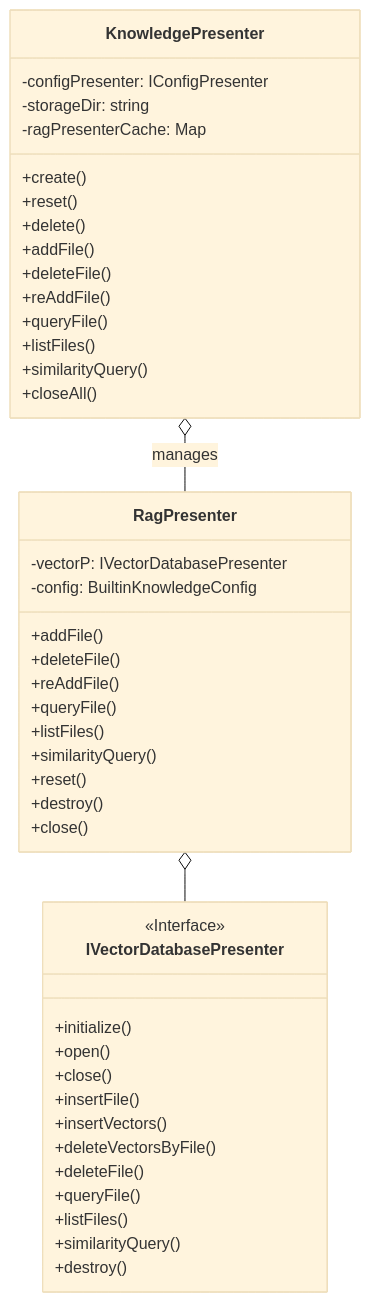
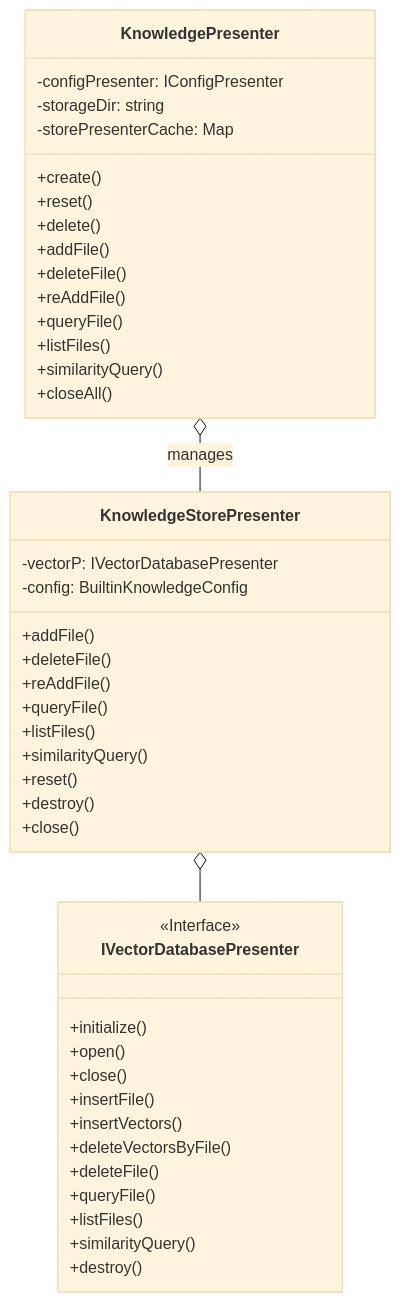
Before and after one commit to wangle201210/deepchat: the first of 3 diagrams in docs/builtin-knowledge-architecture.md, drawn with Mermaid (base theme). The commit also changed other lines of this file and 4 other files, not shown here.

Commit message:
feat: refactor BuiltinKnowledge module by replacing RagPresenter with KnowledgeStorePresenter and updating related components

````diff
--- a/docs/builtin-knowledge-architecture.md
+++ b/docs/builtin-knowledge-architecture.md
@@ -14,50 +14,50 @@
 ```mermaid
 classDiagram
     class KnowledgePresenter {
         -configPresenter: IConfigPresenter
         -storageDir: string
-        -ragPresenterCache: Map<string, RagPresenter>
+        -storePresenterCache: Map<string, KnowledgeStorePresenter>
         +create()
         +reset()
         +delete()
         +addFile()
         +deleteFile()
         +reAddFile()
         +queryFile()
         +listFiles()
         +similarityQuery()
         +closeAll()
     }
 
-    class RagPresenter {
+    class KnowledgeStorePresenter {
         -vectorP: IVectorDatabasePresenter
         -config: BuiltinKnowledgeConfig
         +addFile()
         +deleteFile()
         +reAddFile()
         +queryFile()
         +listFiles()
         +similarityQuery()
         +reset()
         +destroy()
         +close()
     }
 
     class IVectorDatabasePresenter {
         <<Interface>>
         +initialize()
         +open()
         +close()
         +insertFile()
         +insertVectors()
         +deleteVectorsByFile()
         +deleteFile()
         +queryFile()
         +listFiles()
         +similarityQuery()
         +destroy()
     }
 
-    KnowledgePresenter o-- RagPresenter : manages
-    RagPresenter o-- IVectorDatabasePresenter
+    KnowledgePresenter o-- KnowledgeStorePresenter : manages
+    KnowledgeStorePresenter o-- IVectorDatabasePresenter
 ```
````
